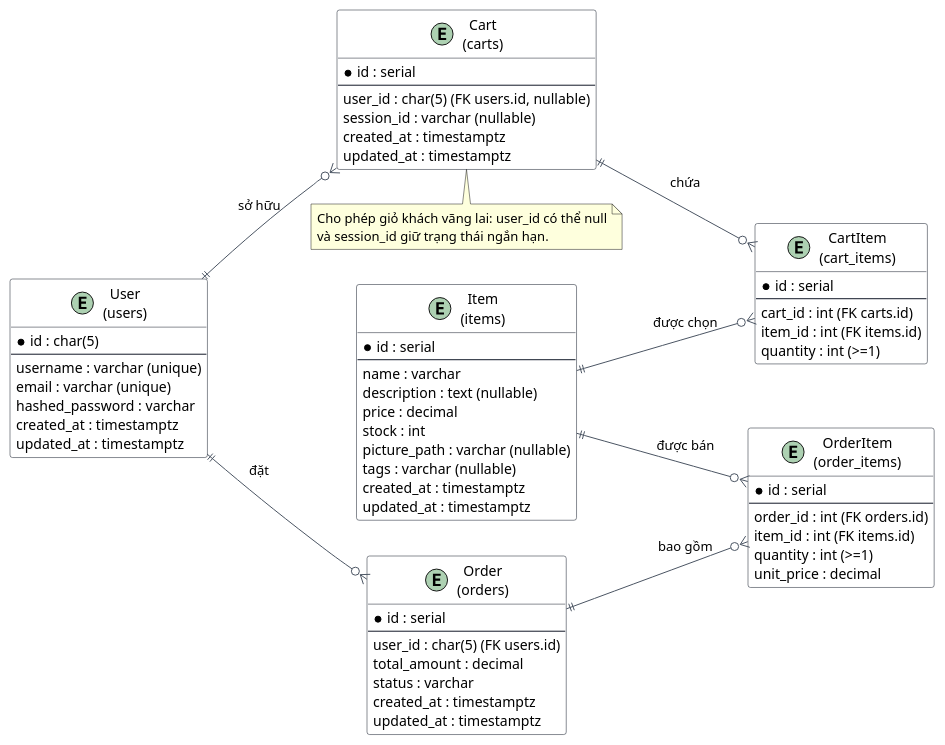
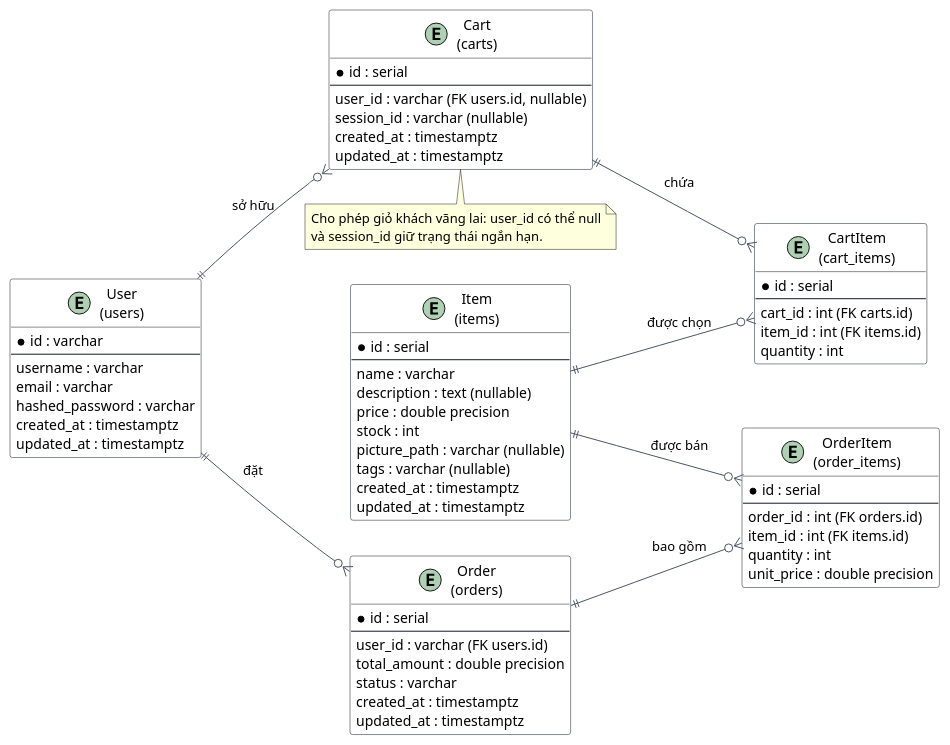
Before and after one commit to KhoaNguyen01004/QuanLyBanHang: the diagram in Diagrams/software_erd.puml, drawn with PlantUML. The commit also changed other lines of this file and 1 other file, not shown here.

Commit message:
edit erd

```diff
--- a/Diagrams/software_erd.puml
+++ b/Diagrams/software_erd.puml
@@ -1,80 +1,80 @@
 @startuml ERD_Shop
 left to right direction
 skinparam shadowing false
 skinparam class {
   BackgroundColor White
   BorderColor #111827
   ArrowColor #4B5563
 }
 
 entity "User\n(users)" as User {
-  *id : char(5)
+  *id : varchar
   --
-  username : varchar (unique)
-  email : varchar (unique)
+  username : varchar
+  email : varchar
   hashed_password : varchar
   created_at : timestamptz
   updated_at : timestamptz
 }
 
 entity "Cart\n(carts)" as Cart {
   *id : serial
   --
-  user_id : char(5) (FK users.id, nullable)
+  user_id : varchar (FK users.id, nullable)
   session_id : varchar (nullable)
   created_at : timestamptz
   updated_at : timestamptz
 }
 
 entity "CartItem\n(cart_items)" as CartItem {
   *id : serial
   --
   cart_id : int (FK carts.id)
   item_id : int (FK items.id)
-  quantity : int (>=1)
+  quantity : int
 }
 
 entity "Item\n(items)" as Item {
   *id : serial
   --
   name : varchar
   description : text (nullable)
-  price : decimal
+  price : double precision
   stock : int
   picture_path : varchar (nullable)
   tags : varchar (nullable)
   created_at : timestamptz
   updated_at : timestamptz
 }
 
 entity "Order\n(orders)" as Order {
   *id : serial
   --
-  user_id : char(5) (FK users.id)
-  total_amount : decimal
+  user_id : varchar (FK users.id)
+  total_amount : double precision
   status : varchar
   created_at : timestamptz
   updated_at : timestamptz
 }
 
 entity "OrderItem\n(order_items)" as OrderItem {
   *id : serial
   --
   order_id : int (FK orders.id)
   item_id : int (FK items.id)
-  quantity : int (>=1)
-  unit_price : decimal
+  quantity : int
+  unit_price : double precision
 }
 
 note bottom of Cart
   Cho phép giỏ khách vãng lai: user_id có thể null
   và session_id giữ trạng thái ngắn hạn.
 end note
 
 User ||--o{ Cart : "sở hữu"
 Cart ||--o{ CartItem : "chứa"
 Item ||--o{ CartItem : "được chọn"
 User ||--o{ Order : "đặt"
 Order ||--o{ OrderItem : "bao gồm"
 Item ||--o{ OrderItem : "được bán"
 @enduml
```
